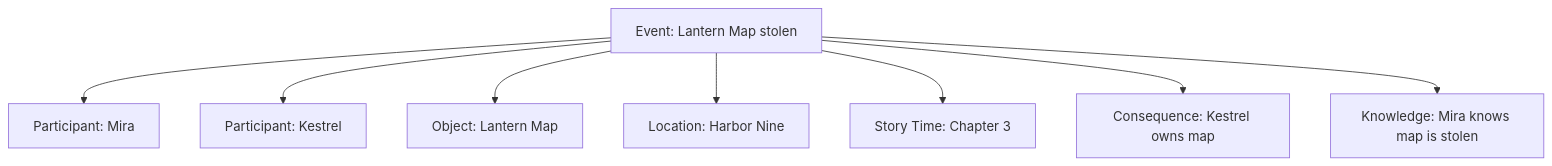
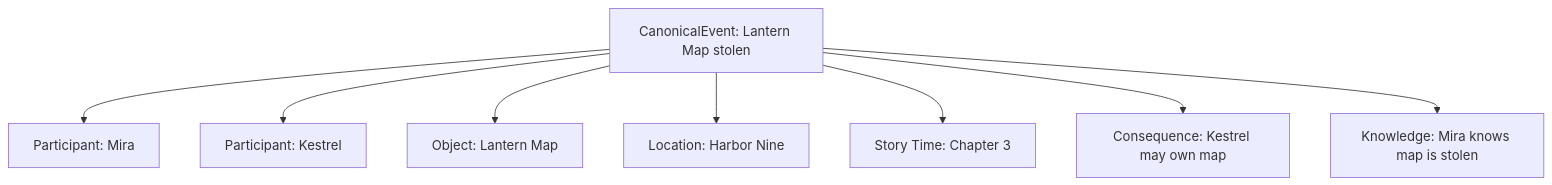
The first of 3 diagrams in goals/06-entities-events-facts.md (FrankQDWang/sextantlabs), drawn with Mermaid before and after one commit. The commit also changed other lines of this file and 16 other files, not shown here.

````diff
--- a/goals/06-entities-events-facts.md
+++ b/goals/06-entities-events-facts.md
@@ -31,10 +32,10 @@
 ```mermaid
 flowchart TD
-    E[Event: Lantern Map stolen] --> A[Participant: Mira]
+    E[CanonicalEvent: Lantern Map stolen] --> A[Participant: Mira]
     E --> B[Participant: Kestrel]
     E --> C[Object: Lantern Map]
     E --> D[Location: Harbor Nine]
     E --> T[Story Time: Chapter 3]
-    E --> F[Consequence: Kestrel owns map]
+    E --> F[Consequence: Kestrel may own map]
     E --> G[Knowledge: Mira knows map is stolen]
 ```
````
